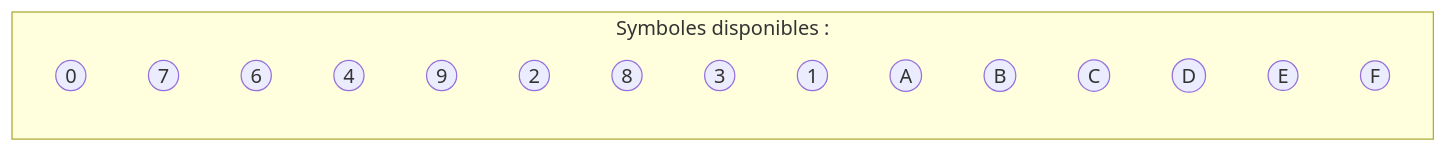
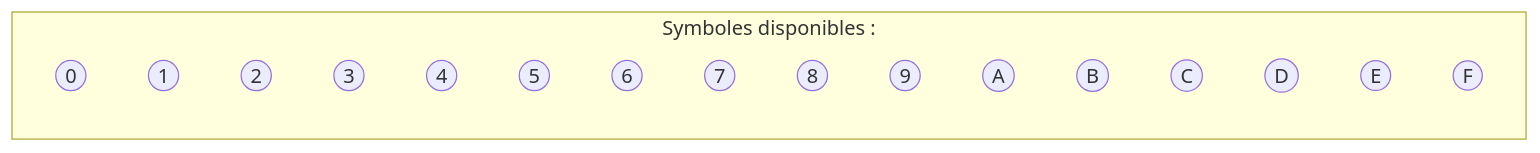
Before and after one commit to boddaert/nsi: the fourth of 4 diagrams in première/Types_et_valeurs_de_base/Représentation_des_entiers_naturels.md, drawn with Mermaid. The commit also changed other lines of this file, not shown here.

````diff
--- a/première/Types_et_valeurs_de_base/Représentation_des_entiers_naturels.md
+++ b/première/Types_et_valeurs_de_base/Représentation_des_entiers_naturels.md
@@ -168,20 +170,21 @@
 ```mermaid
 flowchart LR
   subgraph Symboles disponibles :
     A((0))
-    B((7))
-    C((6))
-    D((4))
-    E((9))
-    F((2))
-    G((8))
-    H((3))
-    I((1))
+    B((1))
+    C((2))
+    D((3))
+    E((4))
+    F((5))
+    G((6))
+    H((7))
+    I((8))
+    P((9))
     J((A))
     K((B))
     L((C))
     M((D))
     N((E))
     O((F))
   end
 ```
````
